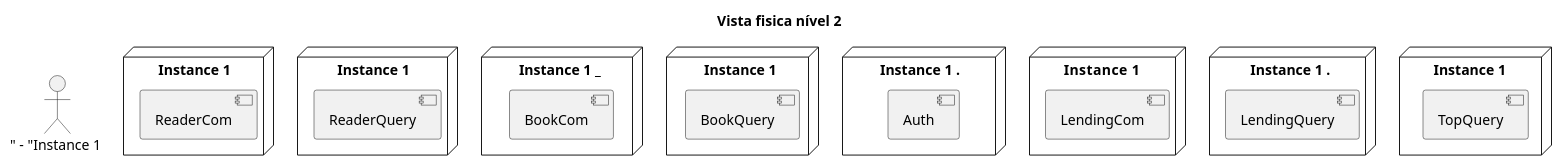
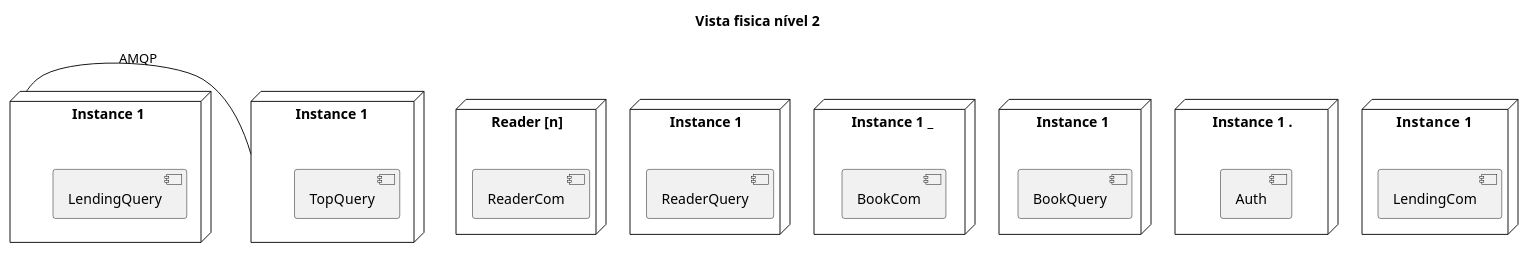
Before and after one commit to GitHubCatarina/SIDIS: the diagram in Docs/Design/Entrega2/Vistas Físicas/Nível 2/Nivel2.puml, drawn with PlantUML. The commit also changed 10 other files, not shown here.

```diff
--- a/Docs/Design/Entrega2/Vistas Físicas/Nível 2/Nivel2.puml
+++ b/Docs/Design/Entrega2/Vistas Físicas/Nível 2/Nivel2.puml
@@ -1,46 +1,46 @@
 @startuml
  'https://plantuml.com/class-diagram
 
 title Vista fisica nível 2
 
  hide circle
  skinparam classAttributeIconSize 0
 
-node "Instance 1"{
+node "Reader [n]"{
     component ReaderCom
 }
 
 node " Instance 1 "{
     component ReaderQuery
 }
 
 node " Instance 1 _"{
     component BookCom
 }
 
 node " Instance 1"{
     component BookQuery
 }
 
 node " Instance 1 . "{
     component Auth
 }
 
 node "Instance  1 "{
     component LendingCom
 }
 
-node " Instance 1 ."{
+node " Instance 1" as I1{
     component LendingQuery
 }
 
 node "Instance 1 "{
     component TopQuery
 }
 
 
-"" - "Instance 1 "
+"I1" - "Instance 1 " : AMQP
 
 
 
 @enduml
```
